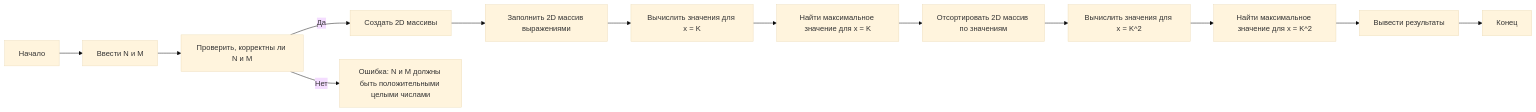
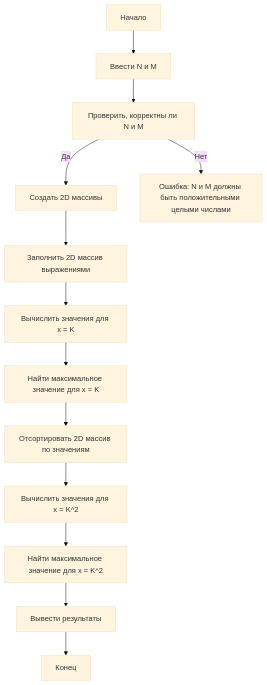
Before and after one commit to Matvey-Kh/Lab2: the diagram in README.md, drawn with Mermaid (base theme).

````diff
--- a/README.md
+++ b/README.md
@@ -111,15 +111,15 @@
 ```mermaid
-   graph LR
+   graph TD
     A[Начало] --> B[Ввести N и M]
     B --> C[Проверить, корректны ли N и M]
     C -->|Да| D[Создать 2D массивы]
     C -->|Нет| E[Ошибка: N и M должны быть положительными целыми числами]
     D --> F[Заполнить 2D массив выражениями]
     F --> G[Вычислить значения для x = K]
     G --> H[Найти максимальное значение для x = K]
     H --> I[Отсортировать 2D массив по значениям]
     I --> J[Вычислить значения для x = K^2]
     J --> K[Найти максимальное значение для x = K^2]
     K --> L[Вывести результаты]
     L --> M[Конец]
 ```
````
